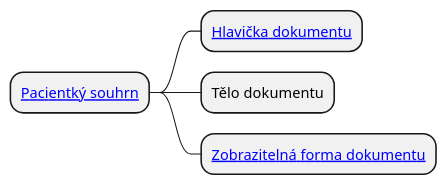
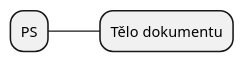
Before and after one commit to HL7-cz/ps: the diagram in input/images-source/ps-mindmap-cs.plantuml, drawn with PlantUML.

Commit message:
fix test svg

```diff
--- a/input/images-source/ps-mindmap-cs.plantuml
+++ b/input/images-source/ps-mindmap-cs.plantuml
@@ -1,6 +1,7 @@
 @startmindmap PS-myslenkova_mapa
-* [[StructureDefinition-LogCzPSCz.html Pacientký souhrn]]
-** [[StructureDefinition-LogHeaderPSCz.html Hlavička dokumentu]]
+* PS
+' * [[StructureDefinition-LogCzPSCz.html Pacientký souhrn]]
+' ** [[StructureDefinition-LogHeaderPSCz.html Hlavička dokumentu]]
 ** Tělo dokumentu
-** [[StructureDefinition-LogPresentedFormCz.html Zobrazitelná forma dokumentu]]
+' ** [[StructureDefinition-LogPresentedFormCz.html Zobrazitelná forma dokumentu]]
 @endmindmap
```
